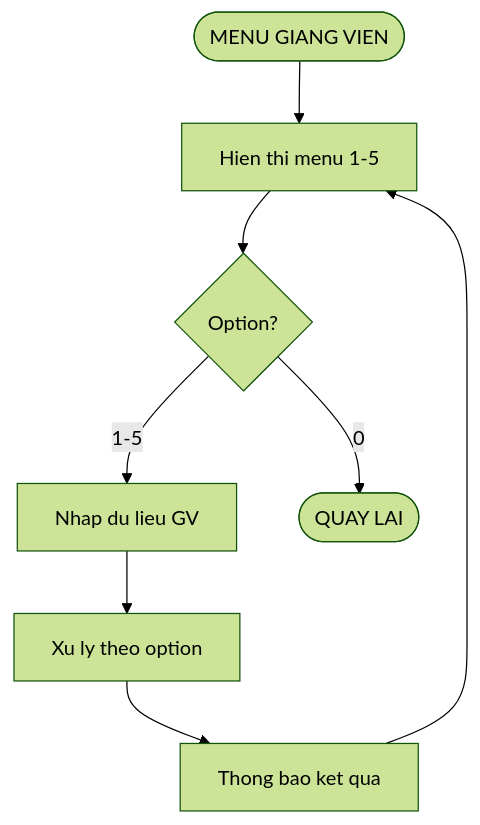
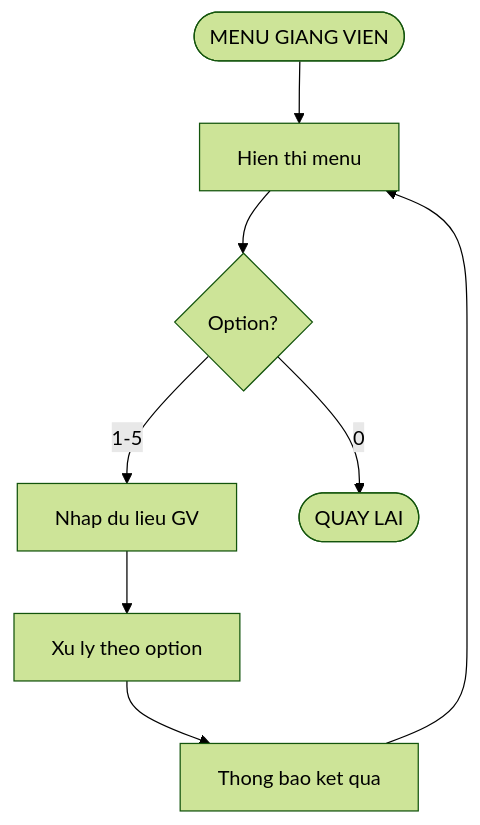
One commit to phucphuc2006/pro-192 changed diagram 11 of 20 in docs/Flowcharts/Flowcharts.md. Above: the diagram before and after it, drawn with Mermaid (forest theme). The commit also changed other lines of this file, not shown here.

Commit message:
Fix Mermaid: add quotes to all labels for GitHub compatibility

````diff
--- a/docs/Flowcharts/Flowcharts.md
+++ b/docs/Flowcharts/Flowcharts.md
@@ -202,10 +179,10 @@
 ```mermaid
 flowchart TD
-    A([MENU GIANG VIEN]) --> B[Hien thi menu 1-5]
-    B --> C{Option?}
-    C -->|1-5| D[Nhap du lieu GV]
-    C -->|0| E([QUAY LAI])
-    D --> F[Xu ly theo option]
-    F --> G[Thong bao ket qua]
+    A(["MENU GIANG VIEN"]) --> B["Hien thi menu"]
+    B --> C{"Option?"}
+    C -->|1-5| D["Nhap du lieu GV"]
+    C -->|0| E(["QUAY LAI"])
+    D --> F["Xu ly theo option"]
+    F --> G["Thong bao ket qua"]
     G --> B
 ```
````
